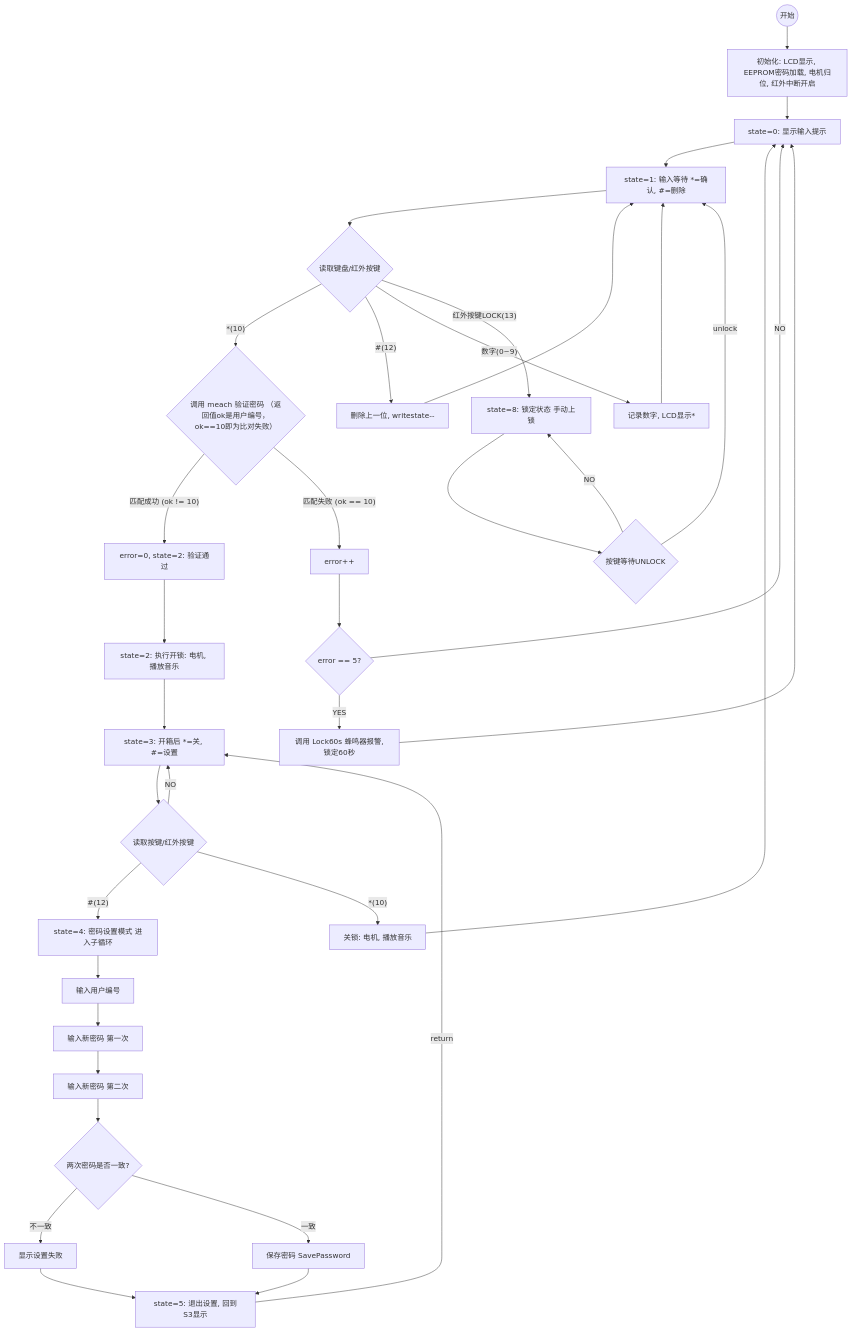
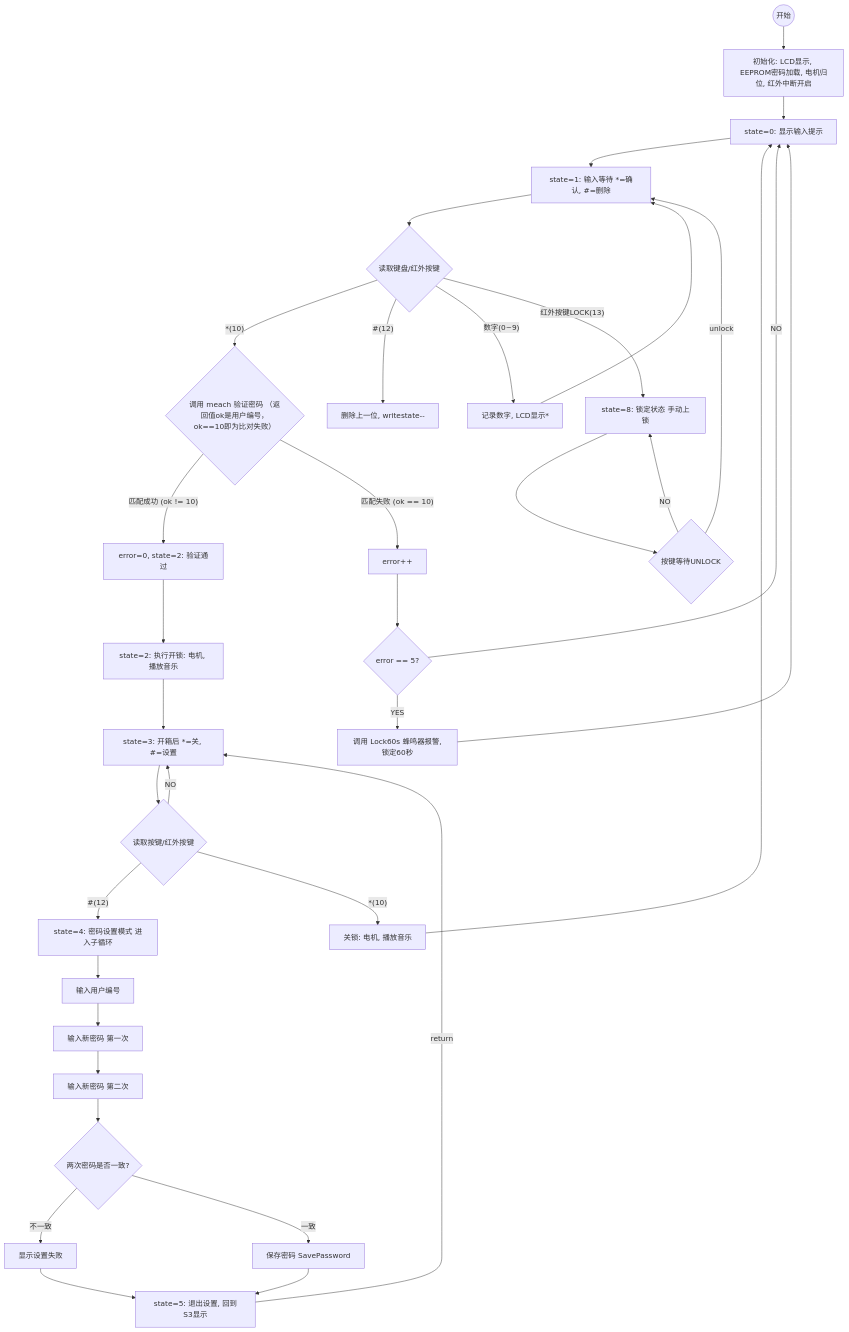
Before and after one commit to ksxyh-22/iodraw-files: the diagram in all/未命名-2.md, drawn with Mermaid.

Commit message:
2025-10-11 11:36:09 update

````diff
--- a/all/未命名-2.md
+++ b/all/未命名-2.md
@@ -1,80 +1,76 @@
 ```mermaid
 graph TD
     %% 状态机主流程
     START((开始)) --> INIT[初始化: LCD显示, EEPROM密码加载, 电机归位, 红外中断开启];
     INIT --> S0[state=0: 显示输入提示];
 
     %% 状态 1: 密码输入与验证 (主流程)
     S0 --> S1[state=1: 输入等待 *=确认, #=删除];
     
     S1 --> INPUT{读取键盘/红外按键};
     
     %% 验证分支
     INPUT -- *(10) --> VERIFY{调用 meach 验证密码 （返回值ok是用户编号，ok==10即为比对失败）};
 
 
     INPUT -- #(12) --> DELETE[删除上一位, writestate--];
-    DELETE --> S1;
-
-    
-
     
     INPUT -- 数字(0~9) --> DIGIT[记录数字, LCD显示*];
     DIGIT --> S1;
 
     
 
     
 
     
     VERIFY -- 匹配成功 (ok != 10) --> S2_SUCCESS[error=0, state=2: 验证通过];
     
     %% 失败和错误处理 (分支到右侧)
     VERIFY -- 匹配失败 (ok == 10) --> ERROR_COUNT[error++];
     
     ERROR_COUNT --> CHECK_ERRORS{error == 5?};
     
     CHECK_ERRORS -- NO --> S0;
 
     CHECK_ERRORS -- YES --> LOCK_60s[调用 Lock60s 蜂鸣器报警,锁定60秒];
     LOCK_60s --> S0;
 
     %% 状态 2, 3, 5: 开锁后的操作 (主流程)
     S2_SUCCESS --> S2_OPEN[state=2: 执行开锁: 电机, 播放音乐];
     S2_OPEN --> S3[state=3: 开箱后 *=关, #=设置];
 
     S3 --> POST_KEY{读取按键/红外按键};
     
     POST_KEY -- NO --> S3;
     
     POST_KEY -- #(12) --> S4[state=4: 密码设置模式 进入子循环];
 
     POST_KEY -- *(10) --> S3_CLOSE[关锁: 电机, 播放音乐];
     S3_CLOSE --> S0;
     
     
 
     %% 状态 4: 密码设置 (子流程)
     S4 --> S4_USER[输入用户编号];
     S4_USER --> S4_PASS1[输入新密码 第一次];
     S4_PASS1 --> S4_PASS2[输入新密码 第二次];
 
     S4_PASS2 --> S4_CHECK{两次密码是否一致?};
     
     S4_CHECK -- 不一致 --> S4_FAIL[显示设置失败];
     S4_FAIL --> S5[state=5: 退出设置, 回到S3显示];
 
     S4_CHECK -- 一致 --> S4_SAVE[保存密码 SavePassword];
     S4_SAVE --> S5;
     
     S5 -- return --> S3; 
     
     %% 手动锁定 (分支到右侧)
     INPUT -- 红外按键LOCK(13) --> S8;
 
     %% 状态 8: 锁定状态 (独立循环)
     S8[state=8: 锁定状态 手动上锁] --> S8_WAIT{按键等待UNLOCK};
     
     S8_WAIT -- NO --> S8;
     S8_WAIT -- unlock --> S1;
 ```
````
